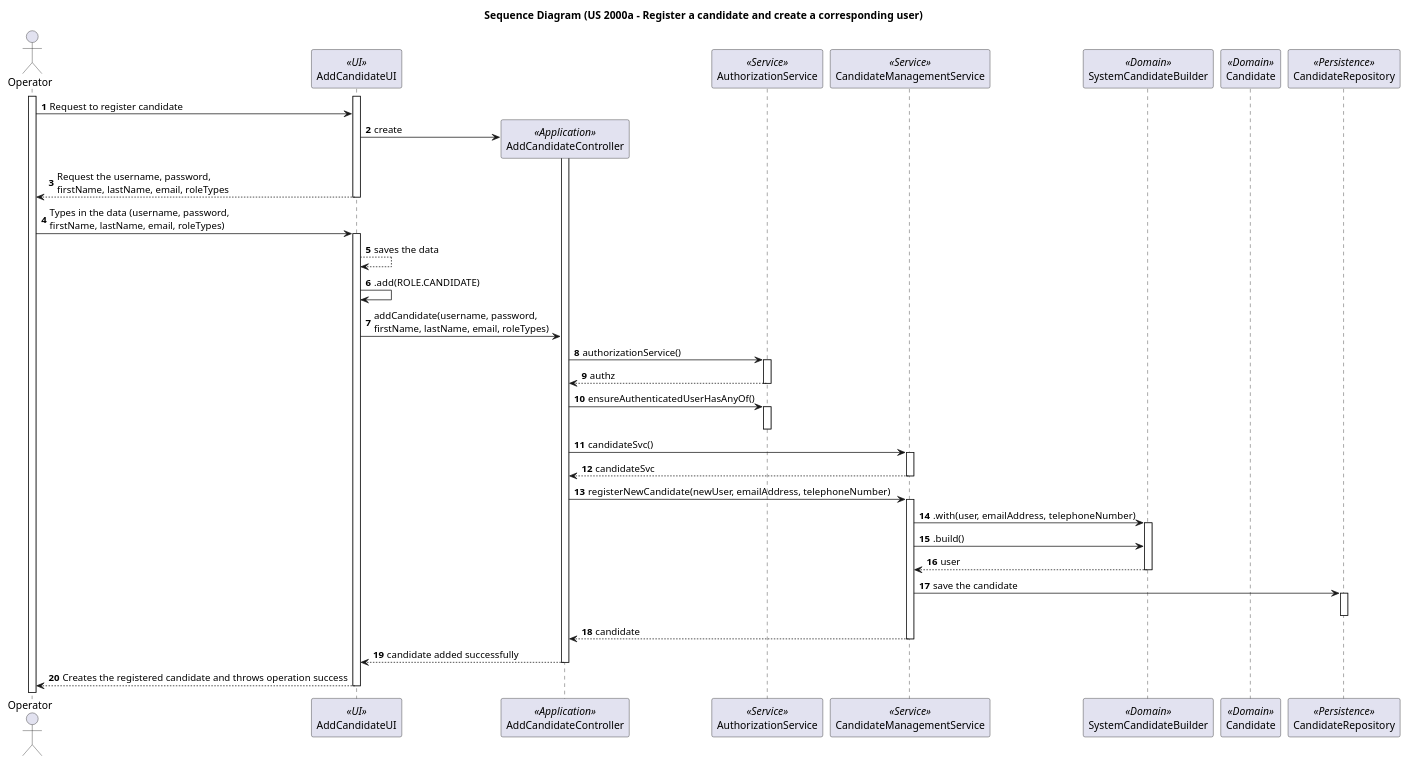
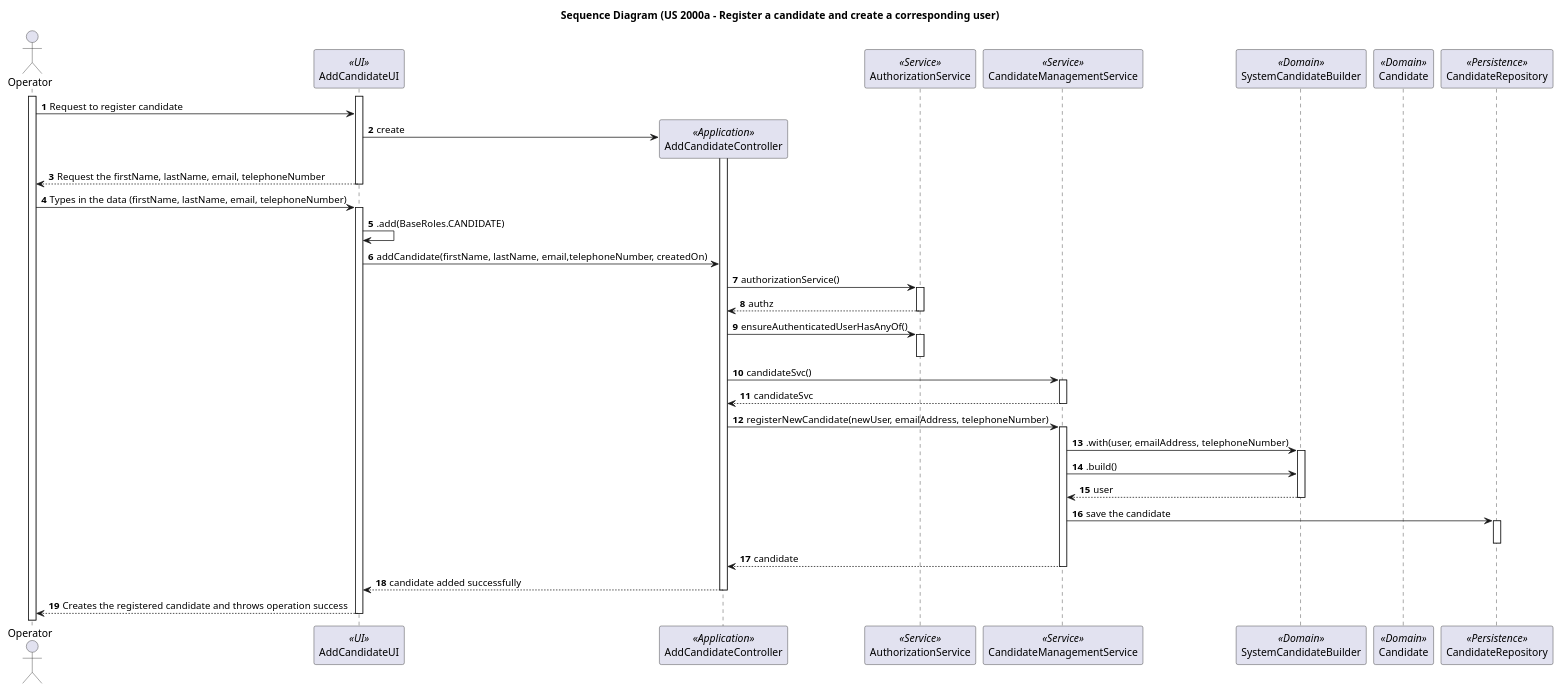
One commit to marcoferreira37/Lapr4 changed the diagram in docs/sprintB/2000a/puml/2000a-sequence-diagram.puml. Above: the diagram before and after it, drawn with PlantUML.

Commit message:
#48 2004 documentation

```diff
--- a/docs/sprintB/2000a/puml/2000a-sequence-diagram.puml
+++ b/docs/sprintB/2000a/puml/2000a-sequence-diagram.puml
@@ -1,57 +1,56 @@
 @startuml
 title Sequence Diagram (US 2000a - Register a candidate and create a corresponding user)
 
 autonumber
 actor Operator as Operator
 participant AddCandidateUI as UI <<UI>>
 participant AddCandidateController as CTRL <<Application>>
 participant AuthorizationService as AS <<Service>>
 participant CandidateManagementService as UMS <<Service>>
 participant SystemCandidateBuilder as SUB <<Domain>>
 participant Candidate as C <<Domain>>
 participant CandidateRepository as CRepo <<Persistence>>
 
 
 activate Operator
 activate UI
 Operator -> UI: Request to register candidate
 
 UI -> CTRL**:create
 activate CTRL
 
-UI --> Operator: Request the username, password, \nfirstName, lastName, email, roleTypes
+UI --> Operator: Request the firstName, lastName, email, telephoneNumber
 deactivate UI
-Operator -> UI: Types in the data (username, password, \nfirstName, lastName, email, roleTypes)
+Operator -> UI: Types in the data (firstName, lastName, email, telephoneNumber)
 activate UI
-UI-->UI : saves the data
-UI-> UI : .add(ROLE.CANDIDATE)
-UI-> CTRL: addCandidate(username, password, \nfirstName, lastName, email, roleTypes)
+UI-> UI : .add(BaseRoles.CANDIDATE)
+UI-> CTRL: addCandidate(firstName, lastName, email,telephoneNumber, createdOn)
 CTRL -> AS : authorizationService()
 activate AS
 AS --> CTRL: authz
 deactivate AS
 CTRL->AS : ensureAuthenticatedUserHasAnyOf()
 activate AS
 deactivate AS
 CTRL-> UMS : candidateSvc()
 activate UMS
 UMS-->CTRL: candidateSvc
 deactivate UMS
 CTRL-> UMS : registerNewCandidate(newUser, emailAddress, telephoneNumber)
 activate UMS
 UMS->SUB: .with(user, emailAddress, telephoneNumber)
 activate SUB
 UMS-> SUB: .build()
 SUB--> UMS: user
 deactivate SUB
 UMS->CRepo: save the candidate
 activate CRepo
 deactivate CRepo
 UMS-->CTRL: candidate
 deactivate UMS
 CTRL-->UI : candidate added successfully
 deactivate CTRL
 UI --> Operator: Creates the registered candidate and throws operation success
 deactivate UI
 
 @enduml
```
